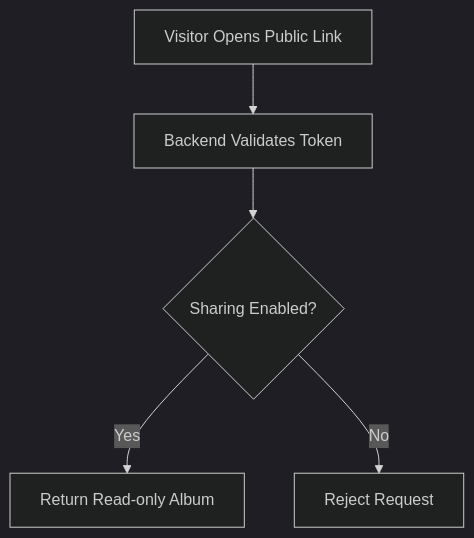
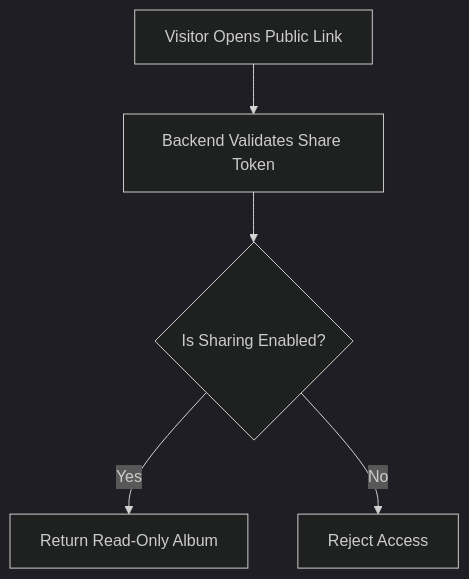
The third of 3 diagrams in README.md (ankitsingyadav/photo-albums), drawn with Mermaid (dark theme) before and after one commit. The commit also changed other lines of this file, not shown here.

````diff
--- a/README.md
+++ b/README.md
@@ -224,13 +173,13 @@
 ```mermaid
 flowchart TD
     A[Visitor Opens Public Link]
-    B[Backend Validates Token]
-    C{Sharing Enabled?}
-    D[Return Read-only Album]
-    E[Reject Request]
+    B[Backend Validates Share Token]
+    C{Is Sharing Enabled?}
+    D[Return Read-Only Album]
+    E[Reject Access]
 
     A --> B
     B --> C
     C -->|Yes| D
     C -->|No| E
 ```
````
